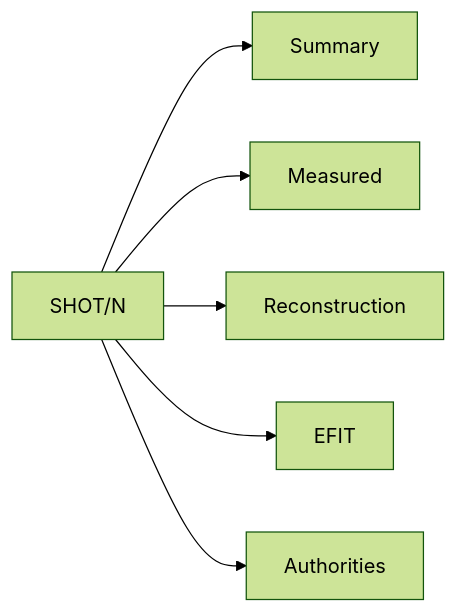
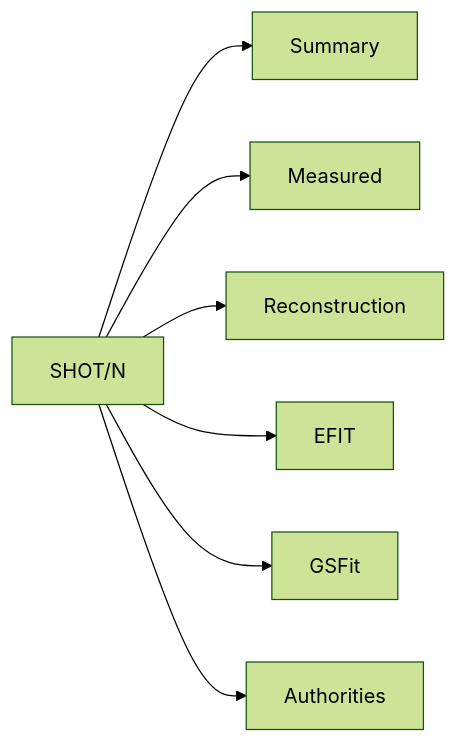
The third of 4 diagrams in README.md (afshin-arj/Fair-MAST-to-FreeGSNKE-Conversion-tool), drawn with Mermaid (forest theme) before and after one commit. The commit also changed other lines of this file and 45 other files, not shown here.

````diff
--- a/README.md
+++ b/README.md
@@ -106,8 +109,9 @@
 ```mermaid
 flowchart LR
   pack[SHOT/N] --> s[Summary]
   pack --> m[Measured]
   pack --> r[Reconstruction]
   pack --> e[EFIT]
+  pack --> g[GSFit]
   pack --> a[Authorities]
 ```
````
